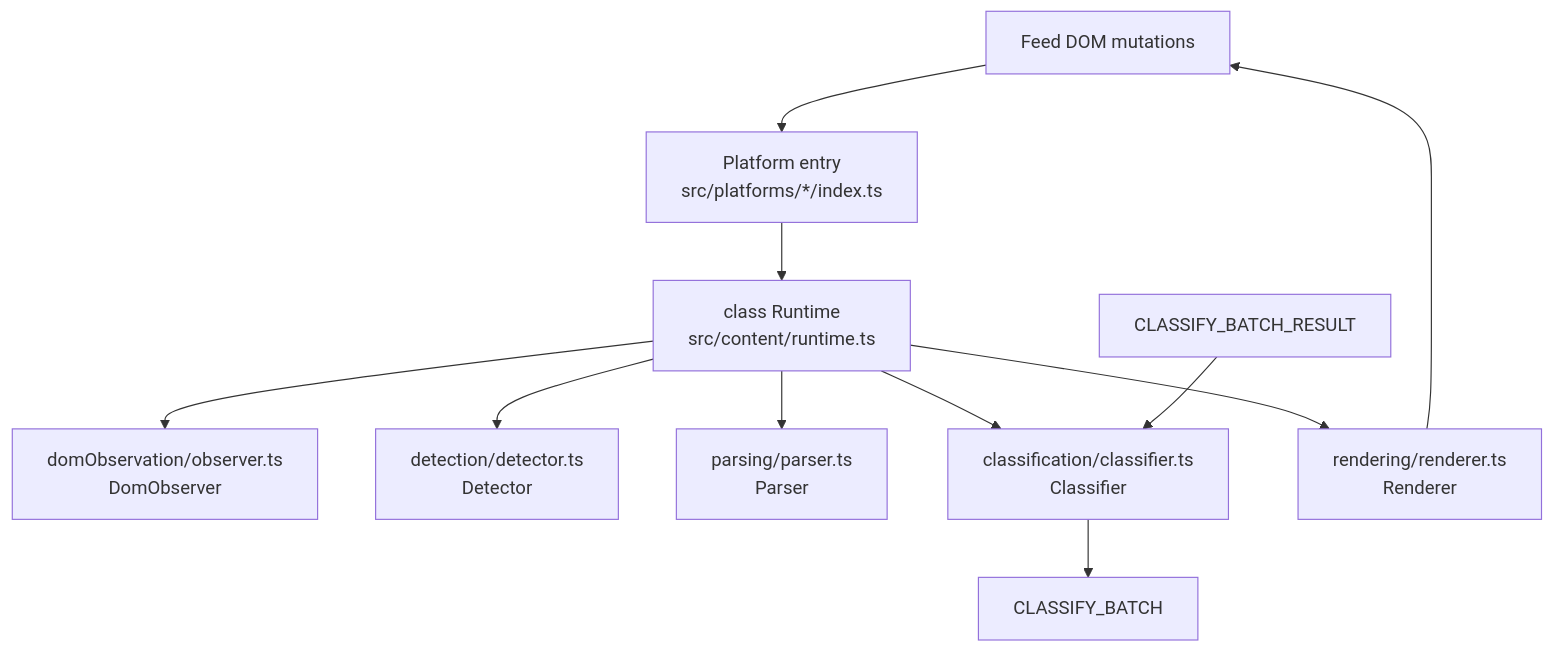
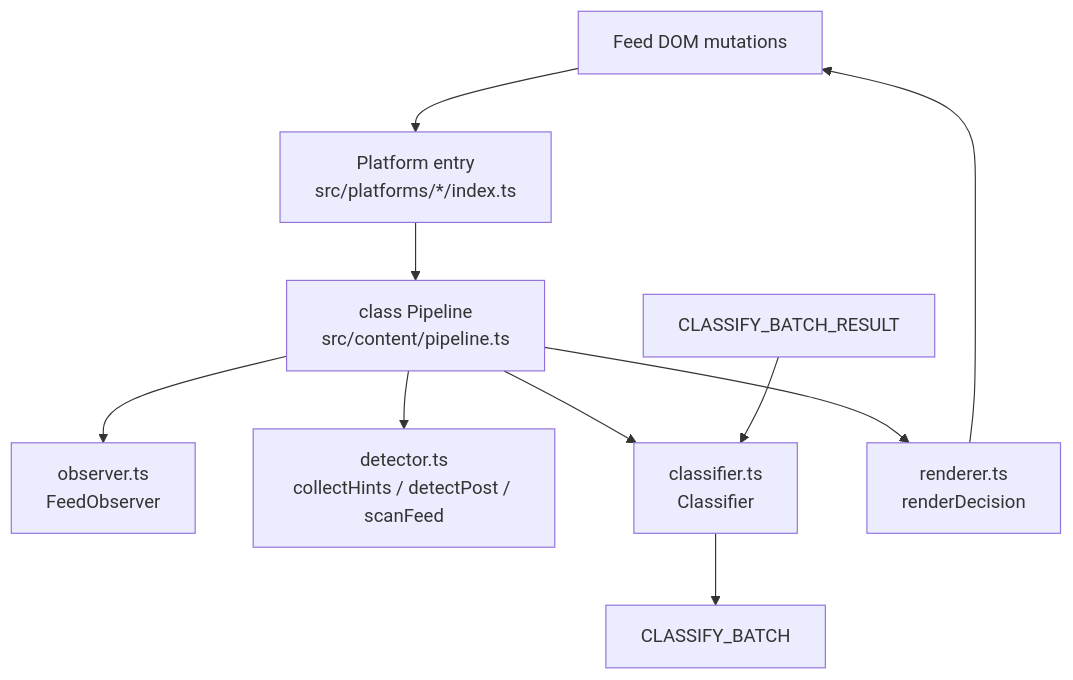
Before and after one commit to sapountzis/Unslop: the first of 2 diagrams in extension/AGENTS.md, drawn with Mermaid. The commit also changed other lines of this file and 10 other files, not shown here.

````diff
--- a/extension/AGENTS.md
+++ b/extension/AGENTS.md
@@ -36,13 +35,12 @@
 ```mermaid
 flowchart TB
   DOM[Feed DOM mutations] --> ENTRY[Platform entry<br/>src/platforms/*/index.ts]
-  ENTRY --> RUNTIME[class Runtime<br/>src/content/runtime.ts]
-  RUNTIME --> OBS[domObservation/observer.ts<br/>DomObserver]
-  RUNTIME --> DET[detection/detector.ts<br/>Detector]
-  RUNTIME --> PAR[parsing/parser.ts<br/>Parser]
-  RUNTIME --> CLS[classification/classifier.ts<br/>Classifier]
-  RUNTIME --> REN[rendering/renderer.ts<br/>Renderer]
+  ENTRY --> PIPELINE[class Pipeline<br/>src/content/pipeline.ts]
+  PIPELINE --> OBS[observer.ts<br/>FeedObserver]
+  PIPELINE --> DET[detector.ts<br/>collectHints / detectPost / scanFeed]
+  PIPELINE --> CLS[classifier.ts<br/>Classifier]
+  PIPELINE --> REN[renderer.ts<br/>renderDecision]
   CLS --> MSGOUT[CLASSIFY_BATCH]
   MSGIN[CLASSIFY_BATCH_RESULT] --> CLS
   REN --> DOM
 ```
````
